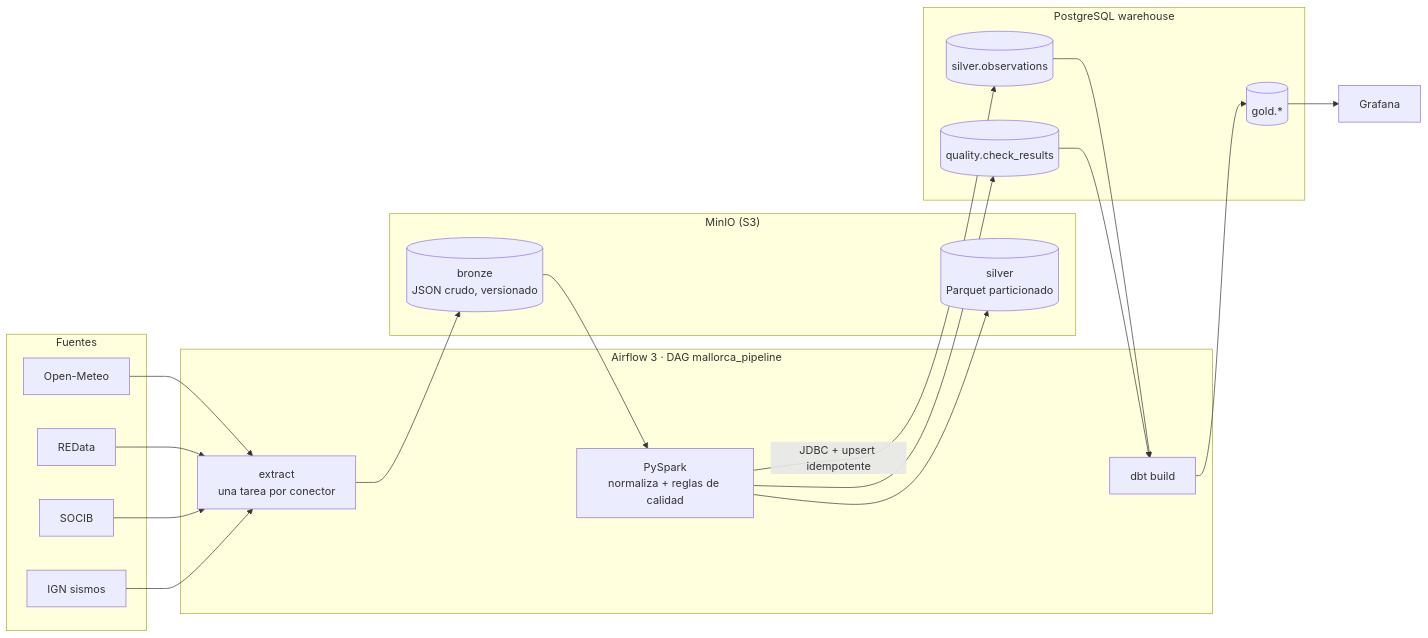
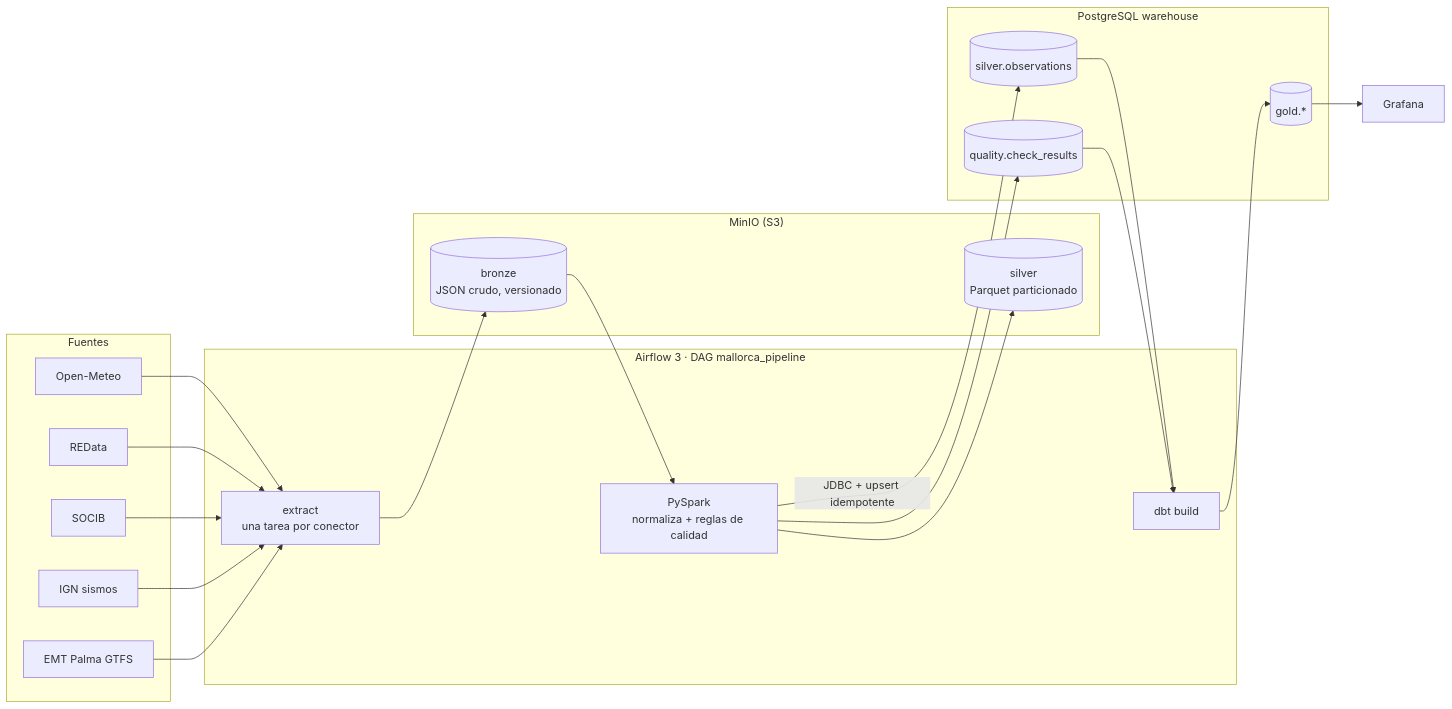
Before and after one commit to AlexandreColl/MallorcaDataPlatform: the diagram in README.md, drawn with Mermaid. The commit also changed other lines of this file and 3 other files, not shown here.

Commit message:
📝 docs: EMT Palma connector

````diff
--- a/README.md
+++ b/README.md
@@ -20,29 +20,30 @@
 ```mermaid
 flowchart LR
     subgraph Fuentes
         OM[Open-Meteo]
         RD[REData]
         SO[SOCIB]
         IG[IGN sismos]
+        EM[EMT Palma GTFS]
     end
     subgraph Airflow["Airflow 3 · DAG mallorca_pipeline"]
         EX[extract<br/>una tarea por conector]
         SP[PySpark<br/>normaliza + reglas de calidad]
         DBT[dbt build]
     end
     subgraph MinIO["MinIO (S3)"]
         BR[(bronze<br/>JSON crudo, versionado)]
         SL[(silver<br/>Parquet particionado)]
     end
     subgraph PG[PostgreSQL warehouse]
         SV[(silver.observations)]
         QC[(quality.check_results)]
         GD[(gold.*)]
     end
-    OM & RD & SO & IG --> EX --> BR --> SP
+    OM & RD & SO & IG & EM --> EX --> BR --> SP
     SP --> SL
     SP -->|JDBC + upsert idempotente| SV
     SP --> QC
     SV & QC --> DBT --> GD --> GF[Grafana]
     classDef next stroke-dasharray: 5 5
 ```
````
